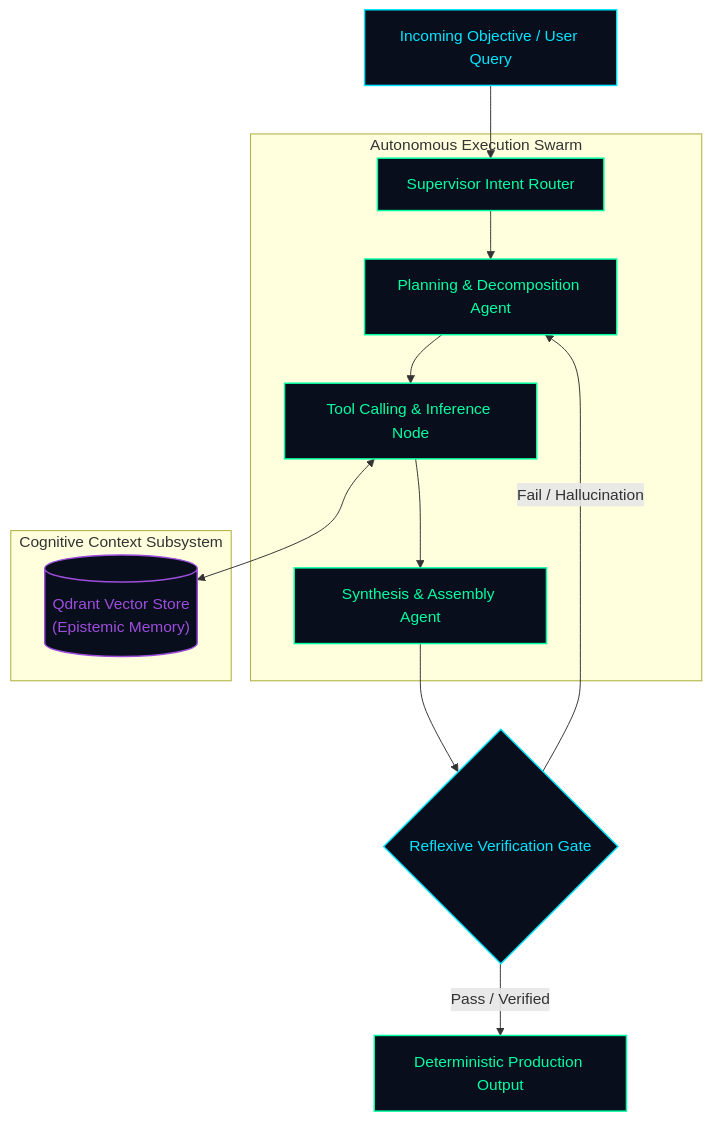
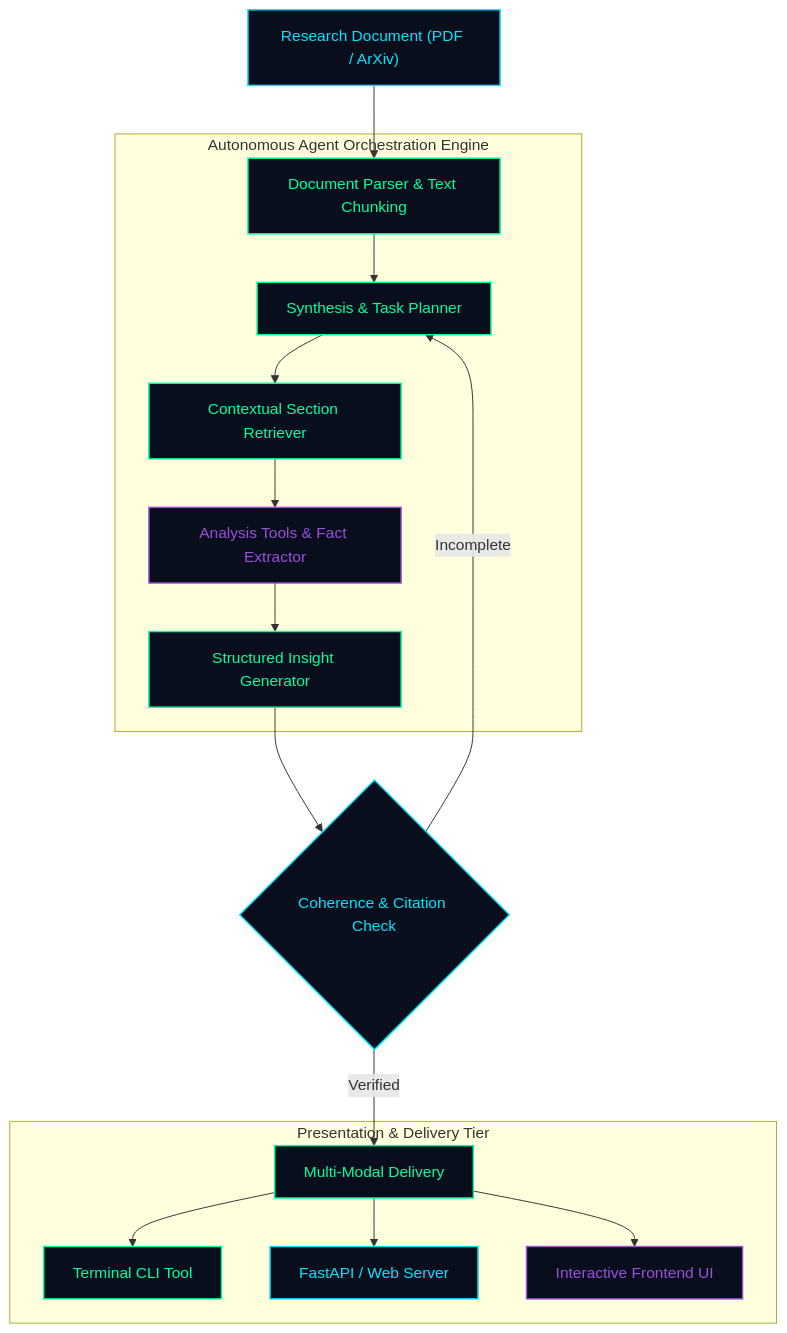
Before and after one commit to aiwithrajan/aiwithrajan: the diagram in README.md, drawn with Mermaid. The commit also changed other lines of this file, not shown here.

````diff
--- a/README.md
+++ b/README.md
@@ -123,23 +115,25 @@
 ```mermaid
 flowchart TD
     classDef cyber fill:#080e1c,stroke:#00ffa3,stroke-width:1.5px,color:#00ffa3;
     classDef accent fill:#080e1c,stroke:#00e5ff,stroke-width:1.5px,color:#00e5ff;
     classDef warn fill:#080e1c,stroke:#9d4edd,stroke-width:1.5px,color:#9d4edd;
 
-    INPUT["Incoming Objective / User Query"]:::accent --> ROUTER["Supervisor Intent Router"]:::cyber
+    INPUT["Research Document (PDF / ArXiv)"]:::accent --> EXTRACT["Document Parser & Text Chunking"]:::cyber
     
-    subgraph Swarm ["Autonomous Execution Swarm"]
-        ROUTER --> P_AGENT["Planning & Decomposition Agent"]:::cyber
-        P_AGENT --> T_AGENT["Tool Calling & Inference Node"]:::cyber
-        T_AGENT --> V_AGENT["Synthesis & Assembly Agent"]:::cyber
+    subgraph Agentic_Layer ["Autonomous Agent Orchestration Engine"]
+        EXTRACT --> PLANNER["Synthesis & Task Planner"]:::cyber
+        PLANNER --> RETRIEVER["Contextual Section Retriever"]:::cyber
+        RETRIEVER --> TOOL_CALL["Analysis Tools & Fact Extractor"]:::warn
+        TOOL_CALL --> SUMMARIZER["Structured Insight Generator"]:::cyber
     end
 
-    subgraph Memory ["Cognitive Context Subsystem"]
-        V_STORE[("Qdrant Vector Store\n(Epistemic Memory)")]:::warn
-        T_AGENT <--> V_STORE
+    SUMMARIZER --> VALIDATE{"Coherence & Citation Check"}:::accent
+    VALIDATE -- "Incomplete" --> PLANNER
+    VALIDATE -- "Verified" --> INTERFACES["Multi-Modal Delivery"]:::cyber
+
+    subgraph Output_Interfaces ["Presentation & Delivery Tier"]
+        INTERFACES --> CLI["Terminal CLI Tool"]:::cyber
+        INTERFACES --> REST["FastAPI / Web Server"]:::accent
+        INTERFACES --> WEB["Interactive Frontend UI"]:::warn
     end
-
-    V_AGENT --> GATE{"Reflexive Verification Gate"}:::accent
-    GATE -- "Fail / Hallucination" --> P_AGENT
-    GATE -- "Pass / Verified" --> OUTPUT["Deterministic Production Output"]:::cyber
 ```
````
